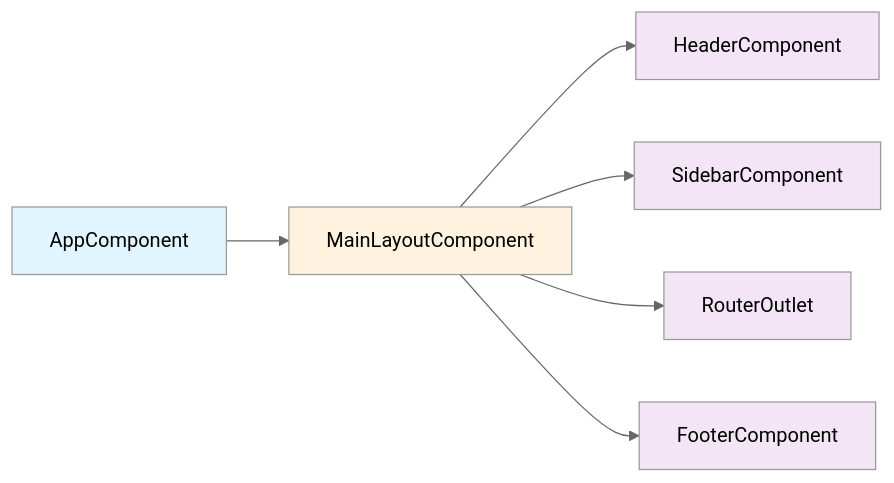
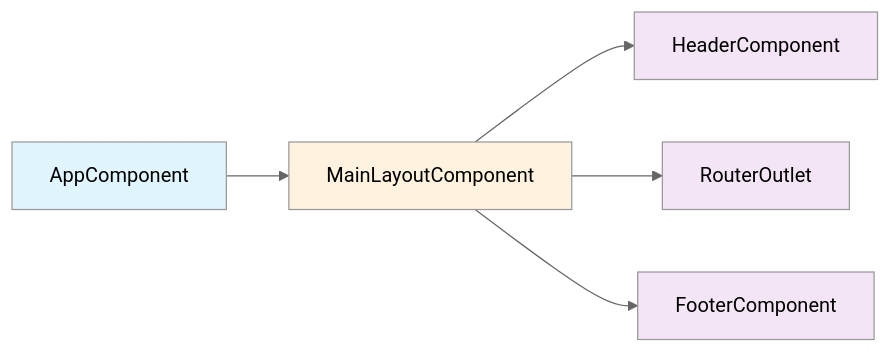
Before and after one commit to bprof-spec-codes/codelingo: the first of 3 diagrams in docs/frontend/main-layout-components.md, drawn with Mermaid (neutral theme). The commit also changed other lines of this file, not shown here.

Commit message:
Updated main layout doc

````diff
--- a/docs/frontend/main-layout-components.md
+++ b/docs/frontend/main-layout-components.md
@@ -20,14 +20,12 @@
 ```mermaid
 graph LR
 App[AppComponent] --> Layout[MainLayoutComponent]
 Layout --> Header[HeaderComponent]
-Layout --> Sidebar[SidebarComponent]
 Layout --> Content[RouterOutlet]
 Layout --> Footer[FooterComponent]
 style App fill:#e1f5ff
 style Layout fill:#fff3e0
 style Header fill:#f3e5f5
-style Sidebar fill:#f3e5f5
 style Content fill:#f3e5f5
 style Footer fill:#f3e5f5
 ```
````
